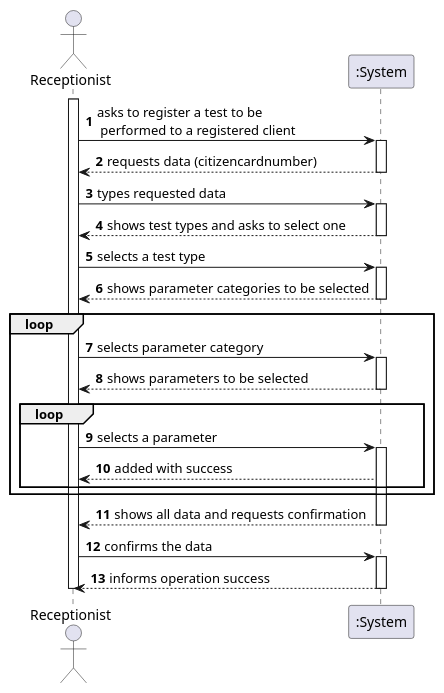
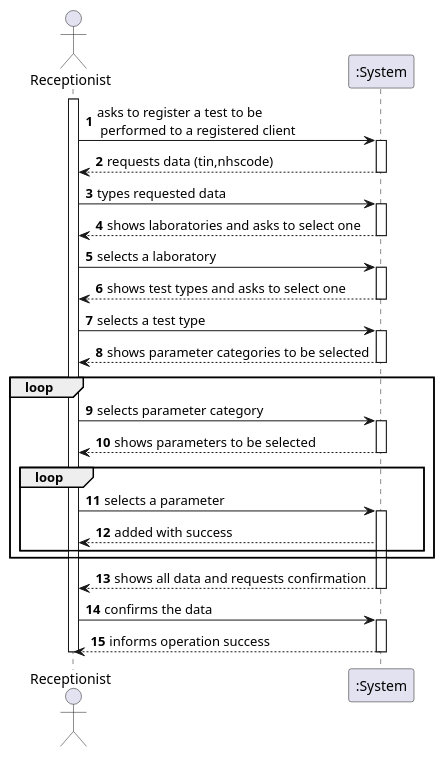
The diagram in docs/SprintC/US04/US04_SSD.puml (manu-07-ela/LAPR2_ISEP), drawn with PlantUML before and after one commit. The commit also changed 15 other files, not shown here.

```diff
--- a/docs/SprintC/US04/US04_SSD.puml
+++ b/docs/SprintC/US04/US04_SSD.puml
@@ -1,45 +1,50 @@
 @startuml
 autonumber
 actor "Receptionist" as REP
 
 activate REP
 REP -> ":System" : asks to register a test to be \n performed to a registered client
 activate ":System"
-":System" --> REP : requests data (citizencardnumber)
+":System" --> REP : requests data (tin,nhscode)
 deactivate ":System"
 
 REP -> ":System" : types requested data
+activate ":System"
+":System" --> REP : shows laboratories and asks to select one
+deactivate ":System"
+
+REP -> ":System" : selects a laboratory
 activate ":System"
 ":System" --> REP : shows test types and asks to select one
 deactivate ":System"
 
 REP -> ":System" : selects a test type
 activate ":System"
 
 ":System" --> REP : shows parameter categories to be selected
 deactivate ":System"
 loop
 REP -> ":System" : selects parameter category
 activate ":System"
 
 ":System" --> REP : shows parameters to be selected
 deactivate ":System"
 
 loop
 REP -> ":System" : selects a parameter
 activate ":System"
 ":System" --> REP : added with success
 end
 end
 
 ":System" --> REP : shows all data and requests confirmation
 deactivate ":System"
 
 REP -> ":System" : confirms the data
 activate ":System"
 ":System" --> REP : informs operation success
 deactivate ":System"
 
 deactivate REP
 
 @enduml
```
